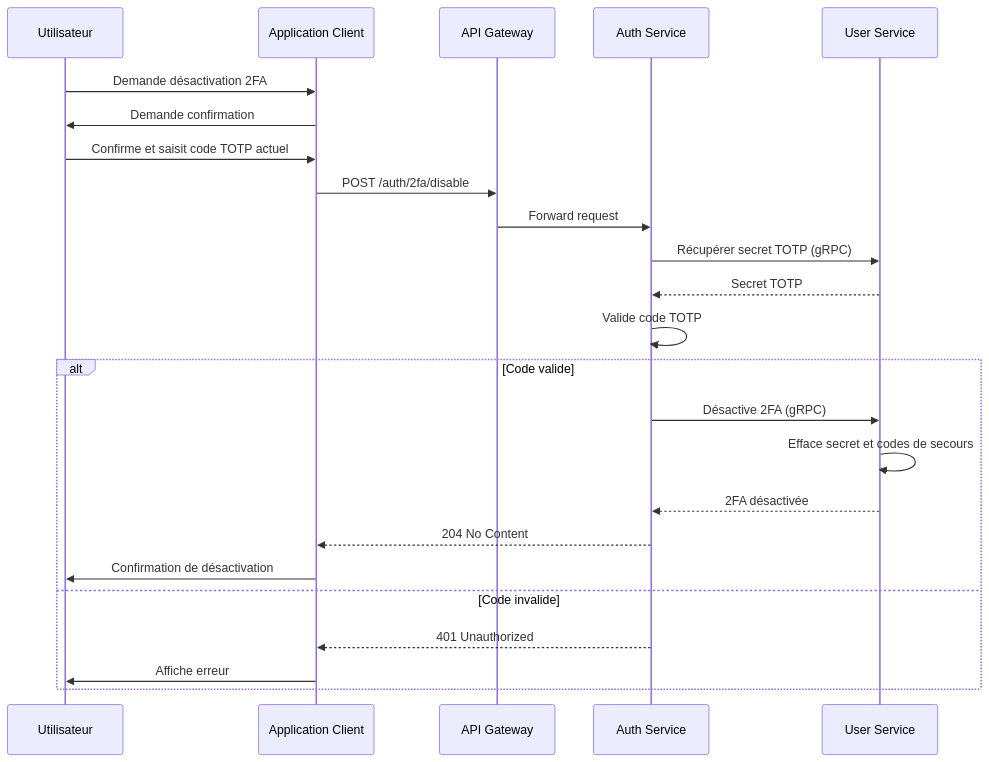
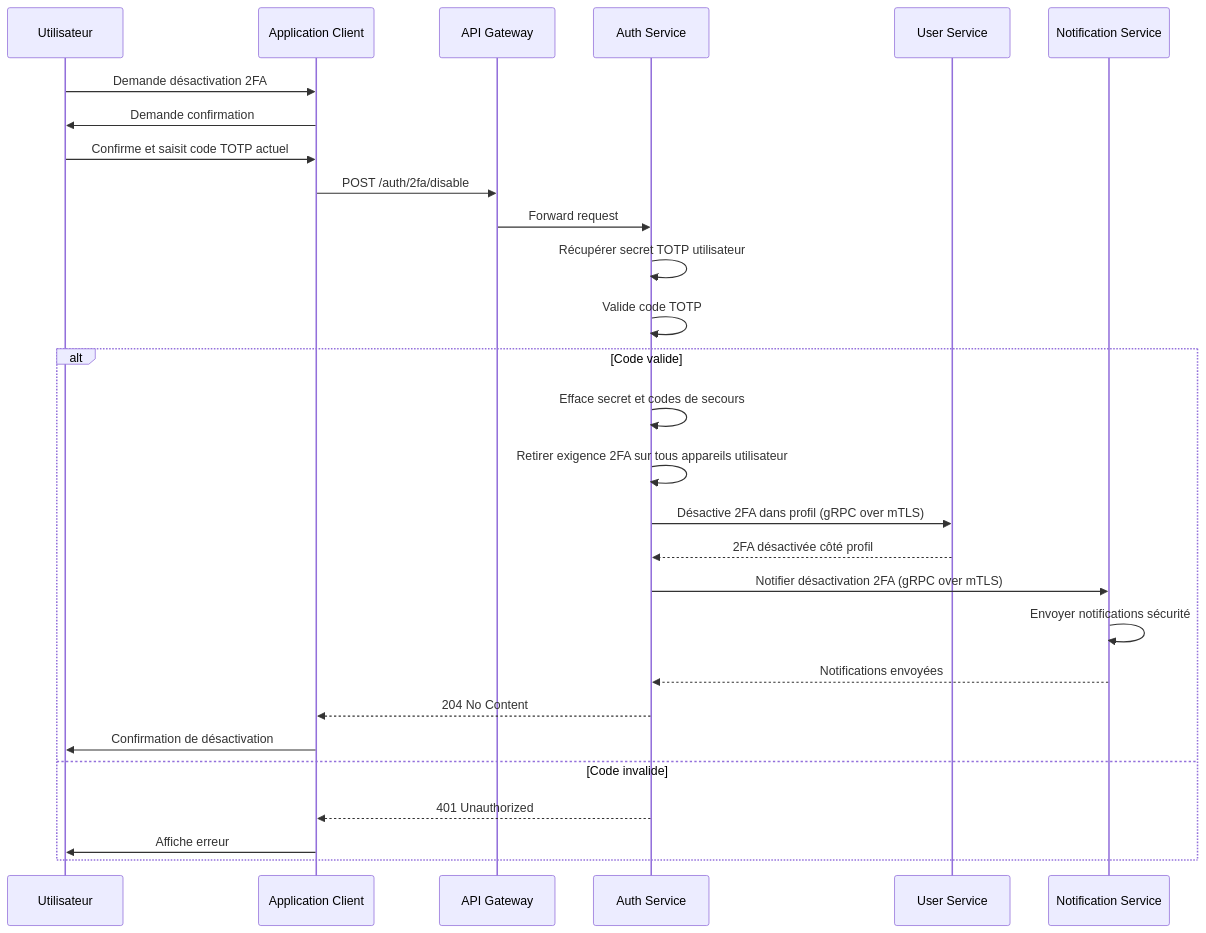
The fifth of 7 diagrams in documentation/2_fonctional_specs/2_two_factor_auth.md (whispr-messenger/auth-service), drawn with Mermaid before and after one commit. The commit also changed other lines of this file and 4 other files, not shown here.

Commit message:
📝 Update devices data managed by auth service

````diff
--- a/documentation/2_fonctional_specs/2_two_factor_auth.md
+++ b/documentation/2_fonctional_specs/2_two_factor_auth.md
@@ -216,29 +344,35 @@
 ```mermaid
 sequenceDiagram
     participant User as Utilisateur
     participant Client as Application Client
     participant APIGateway as API Gateway
     participant AuthService as Auth Service
     participant UserService as User Service
+    participant NotificationService as Notification Service
     
     User->>Client: Demande désactivation 2FA
     Client->>User: Demande confirmation
     User->>Client: Confirme et saisit code TOTP actuel
     
     Client->>APIGateway: POST /auth/2fa/disable
     APIGateway->>AuthService: Forward request
-    AuthService->>UserService: Récupérer secret TOTP (gRPC)
-    UserService-->>AuthService: Secret TOTP
+    AuthService->>AuthService: Récupérer secret TOTP utilisateur
     AuthService->>AuthService: Valide code TOTP
     
     alt Code valide
-        AuthService->>UserService: Désactive 2FA (gRPC)
-        UserService->>UserService: Efface secret et codes de secours
-        UserService-->>AuthService: 2FA désactivée
+        AuthService->>AuthService: Efface secret et codes de secours
+        AuthService->>AuthService: Retirer exigence 2FA sur tous appareils utilisateur
+        AuthService->>UserService: Désactive 2FA dans profil (gRPC over mTLS)
+        UserService-->>AuthService: 2FA désactivée côté profil
+        
+        AuthService->>NotificationService: Notifier désactivation 2FA (gRPC over mTLS)
+        NotificationService->>NotificationService: Envoyer notifications sécurité
+        NotificationService-->>AuthService: Notifications envoyées
+        
         AuthService-->>Client: 204 No Content
         Client->>User: Confirmation de désactivation
     else Code invalide
         AuthService-->>Client: 401 Unauthorized
         Client->>User: Affiche erreur
     end
 ```
````
